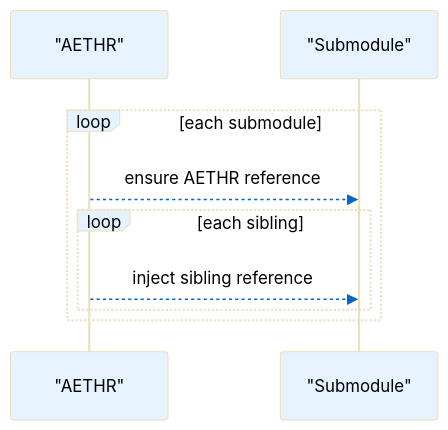
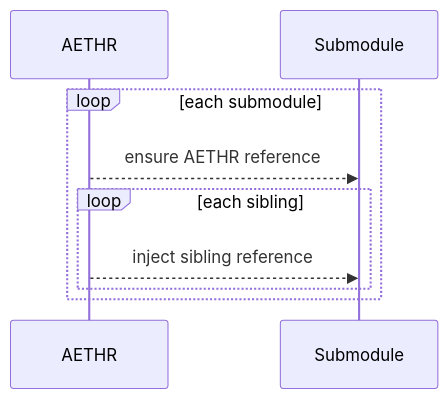
One commit to Gh0st352/AETHR changed the third of 3 diagrams in docs/aethr/modules_wiring.md. Above: the diagram before and after it, drawn with Mermaid. The commit also changed other lines of this file and 20 other files, not shown here.

First line of the commit message:
docs: unify mermaid themes and clarify module graphs

````diff
--- a/docs/aethr/modules_wiring.md
+++ b/docs/aethr/modules_wiring.md
@@ -91,15 +68,13 @@
 ```mermaid
-%%{init: {"theme":"base","themeVariables":{"actorBkg":"#e6f3ff","actorTextColor":"#000","lineColor":"#495057","signalColor":"#0066cc","signalTextColor":"#000000ff","textColor":"#000000ff","fontSize":"14px"}}}%%
+%% shared theme: docs/_mermaid/theme.json %%
 sequenceDiagram
-  participant A as "AETHR"
-  participant S as "Submodule"
+  participant A as AETHR
+  participant S as Submodule
 
-  rect rgba(255,255,255,0.75)
-    loop each submodule
-      A-->>S: ensure AETHR reference
-      loop each sibling
-        A-->>S: inject sibling reference
-      end
+  loop each submodule
+    A-->>S: ensure AETHR reference
+    loop each sibling
+      A-->>S: inject sibling reference
     end
   end
 ```
````
